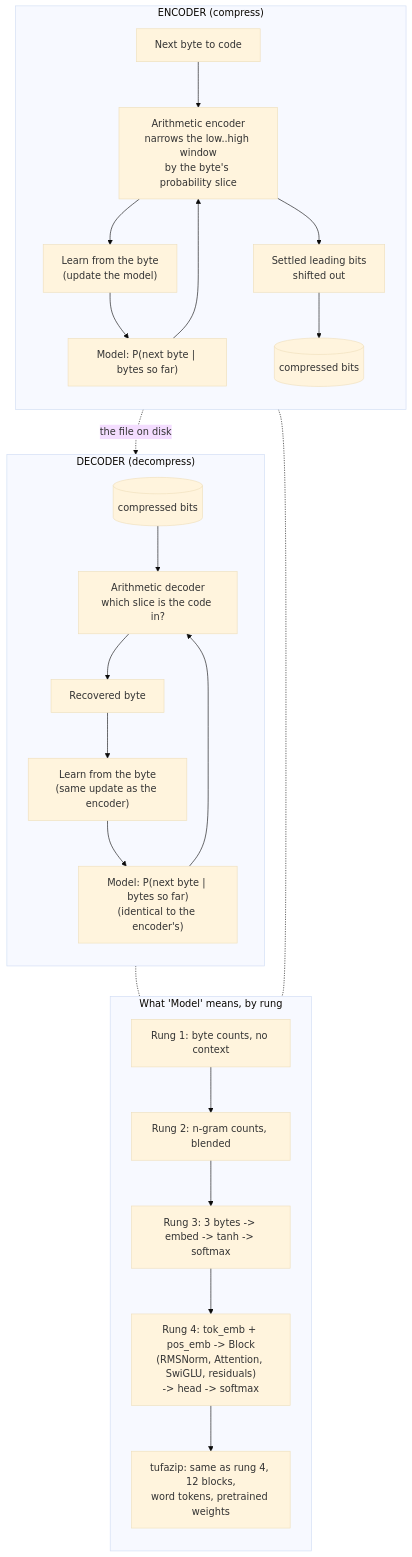
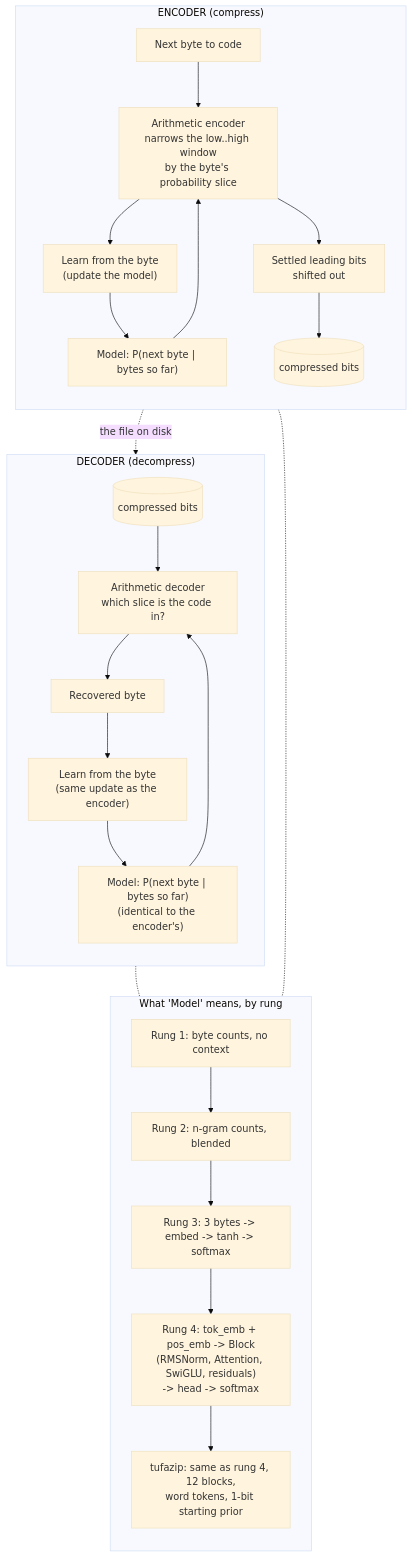
Before and after one commit to Edinunzio/tufazip: the diagram in docs/ONBOARDING.md, drawn with Mermaid (base theme). The commit also changed other lines of this file and 3 other files, not shown here.

````diff
--- a/docs/ONBOARDING.md
+++ b/docs/ONBOARDING.md
@@ -102,36 +105,36 @@
 ```mermaid
 flowchart TD
     subgraph ENC["ENCODER (compress)"]
         direction TB
         E1["Next byte to code"] --> E3
         E2["Model: P(next byte | bytes so far)"] --> E3["Arithmetic encoder<br/>narrows the low..high window<br/>by the byte's probability slice"]
         E3 --> E4["Settled leading bits<br/>shifted out"]
         E4 --> OUT[("compressed bits")]
         E3 --> E5["Learn from the byte<br/>(update the model)"]
         E5 --> E2
     end
 
     subgraph DEC["DECODER (decompress)"]
         direction TB
         IN[("compressed bits")] --> D3
         D2["Model: P(next byte | bytes so far)<br/>(identical to the encoder's)"] --> D3["Arithmetic decoder<br/>which slice is the code in?"]
         D3 --> D4["Recovered byte"]
         D4 --> D5["Learn from the byte<br/>(same update as the encoder)"]
         D5 --> D2
     end
 
     OUT -.->|"the file on disk"| IN
 
     subgraph MODEL["What 'Model' means, by rung"]
         direction TB
         M1["Rung 1: byte counts, no context"]
         M2["Rung 2: n-gram counts, blended"]
         M3["Rung 3: 3 bytes -> embed -> tanh -> softmax"]
         M4["Rung 4: tok_emb + pos_emb -> Block<br/>(RMSNorm, Attention, SwiGLU, residuals)<br/>-> head -> softmax"]
-        M5["tufazip: same as rung 4, 12 blocks,<br/>word tokens, pretrained weights"]
+        M5["tufazip: same as rung 4, 12 blocks,<br/>word tokens, 1-bit starting prior"]
         M1 --> M2 --> M3 --> M4 --> M5
     end
 
     E2 -.- MODEL
     D2 -.- MODEL
 ```
````
